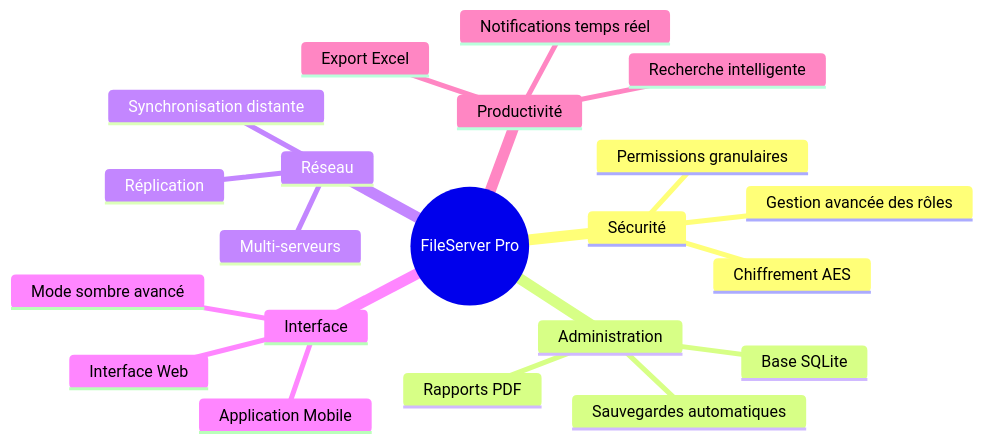
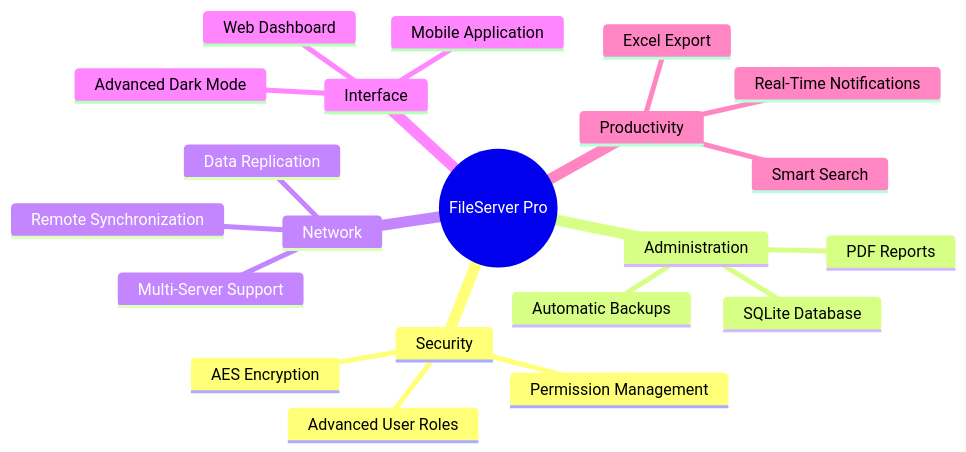
The third of 3 diagrams in README.md (omarbadrani/FileServer-Pro), drawn with Mermaid before and after one commit. The commit also changed other lines of this file, not shown here.

````diff
--- a/README.md
+++ b/README.md
@@ -288,29 +304,29 @@
 ```mermaid
 mindmap
   root((FileServer Pro))
 
-    Sécurité
-      Chiffrement AES
-      Gestion avancée des rôles
-      Permissions granulaires
+    Security
+      AES Encryption
+      Advanced User Roles
+      Permission Management
 
     Administration
-      Base SQLite
-      Sauvegardes automatiques
-      Rapports PDF
+      SQLite Database
+      Automatic Backups
+      PDF Reports
 
-    Réseau
-      Multi-serveurs
-      Synchronisation distante
-      Réplication
+    Network
+      Multi-Server Support
+      Remote Synchronization
+      Data Replication
 
     Interface
-      Interface Web
-      Application Mobile
-      Mode sombre avancé
+      Web Dashboard
+      Mobile Application
+      Advanced Dark Mode
 
-    Productivité
-      Notifications temps réel
-      Recherche intelligente
-      Export Excel
+    Productivity
+      Real-Time Notifications
+      Smart Search
+      Excel Export
 ```
````
